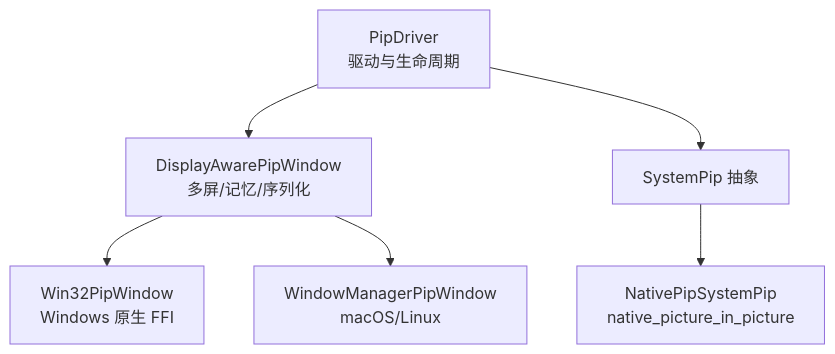
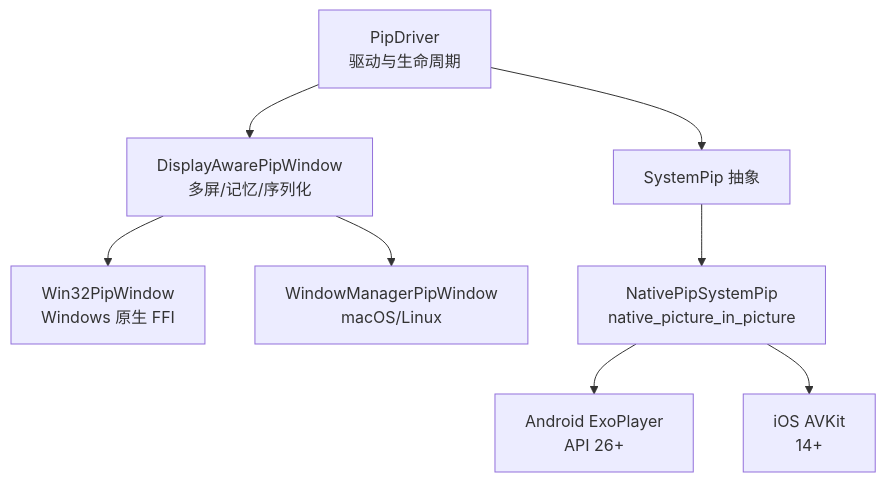
Before and after one commit to SSSherlocked/media_core: the first of 7 diagrams in .qoder/repowiki/zh/content/系统集成/桌面特性支持/画中画模式.md, drawn with Mermaid. The commit also changed other lines of this file and 6 other files, not shown here.

````diff
--- a/.qoder/repowiki/zh/content/系统集成/桌面特性支持/画中画模式.md
+++ b/.qoder/repowiki/zh/content/系统集成/桌面特性支持/画中画模式.md
@@ -49,8 +58,10 @@
 ```mermaid
 graph TB
 Driver["PipDriver<br/>驱动与生命周期"] --> Desktop["DisplayAwarePipWindow<br/>多屏/记忆/序列化"]
 Desktop --> Win32["Win32PipWindow<br/>Windows 原生 FFI"]
 Desktop --> WM["WindowManagerPipWindow<br/>macOS/Linux"]
 Driver --> SysPip["SystemPip 抽象"]
 SysPip --> NativePIP["NativePipSystemPip<br/>native_picture_in_picture"]
+NativePIP --> ExoPlayer["Android ExoPlayer<br/>API 26+"]
+NativePIP --> AVKit["iOS AVKit<br/>14+"]
 ```
````
